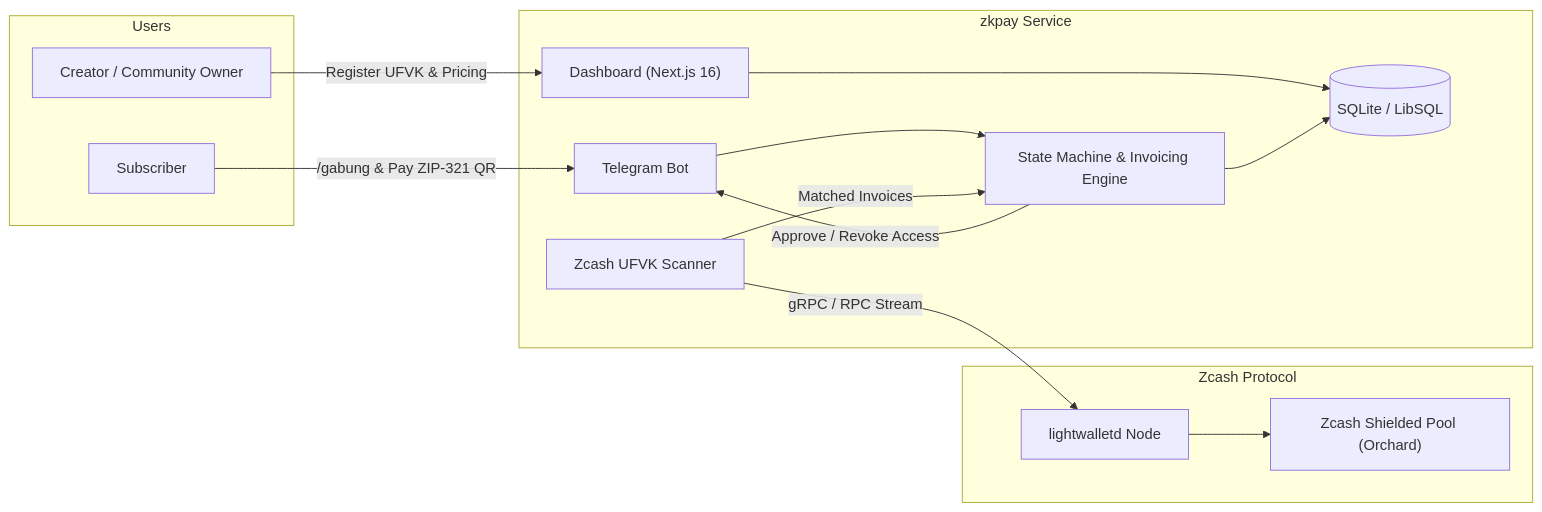
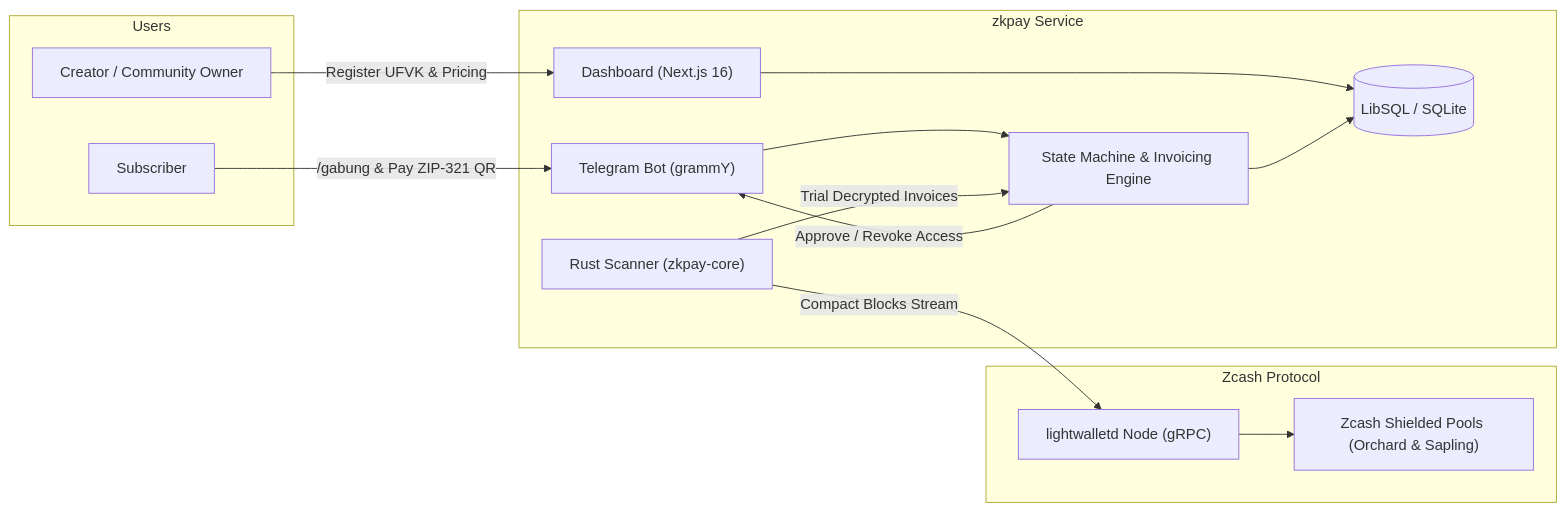
Before and after one commit to theodhorex/zkpay: the diagram in README.md, drawn with Mermaid. The commit also changed other lines of this file and 1 other file, not shown here.

````diff
--- a/README.md
+++ b/README.md
@@ -160,30 +158,30 @@
 ```mermaid
 flowchart LR
     subgraph Users ["Users"]
         Sub["Subscriber"]
         Owner["Creator / Community Owner"]
     end
 
     subgraph Service ["zkpay Service"]
         Web["Dashboard (Next.js 16)"]
-        Bot["Telegram Bot"]
+        Bot["Telegram Bot (grammY)"]
         Engine["State Machine & Invoicing Engine"]
-        DB[(SQLite / LibSQL)]
-        Scanner["Zcash UFVK Scanner"]
+        DB[(LibSQL / SQLite)]
+        Scanner["Rust Scanner (zkpay-core)"]
     end
 
     subgraph Zcash ["Zcash Protocol"]
-        LWD["lightwalletd Node"]
-        Chain["Zcash Shielded Pool (Orchard)"]
+        LWD["lightwalletd Node (gRPC)"]
+        Chain["Zcash Shielded Pools (Orchard & Sapling)"]
     end
 
     Owner -->|Register UFVK & Pricing| Web
     Sub -->|/gabung & Pay ZIP-321 QR| Bot
     Bot --> Engine
     Web --> DB
     Engine --> DB
-    Scanner -->|gRPC / RPC Stream| LWD
+    Scanner -->|Compact Blocks Stream| LWD
     LWD --> Chain
-    Scanner -->|Matched Invoices| Engine
+    Scanner -->|Trial Decrypted Invoices| Engine
     Engine -->|Approve / Revoke Access| Bot
 ```
````
